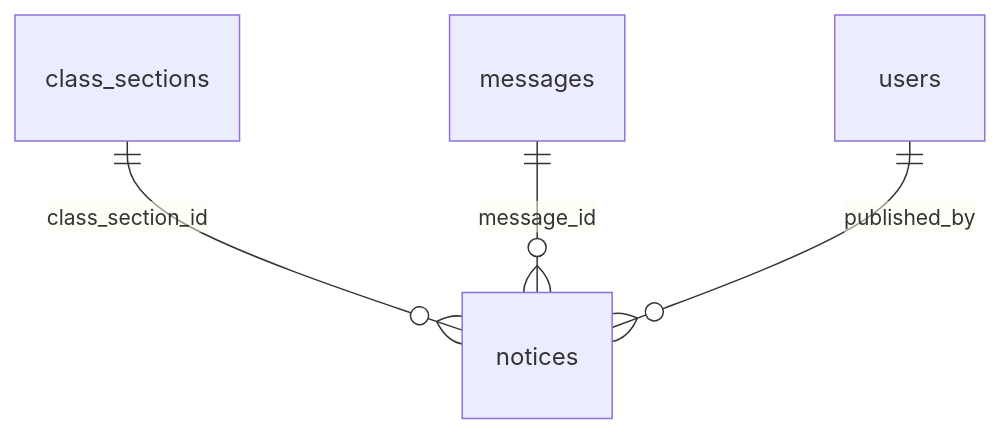
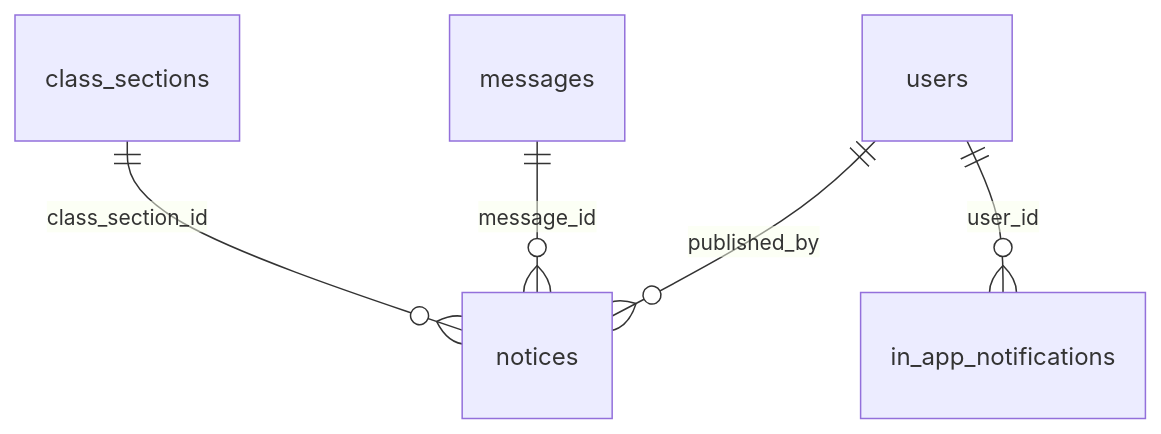
Diagram 12 of 21 in docs/DATABASE.md (shivansh2277/School-management-system), drawn with Mermaid before and after one commit. The commit also changed other lines of this file and 2308 other files, not shown here.

````diff
--- a/docs/DATABASE.md
+++ b/docs/DATABASE.md
@@ -1503,6 +1678,7 @@
 ```mermaid
 erDiagram
     class_sections ||--o{ notices : "class_section_id"
     messages ||--o{ notices : "message_id"
     users ||--o{ notices : "published_by"
+    users ||--o{ in_app_notifications : "user_id"
 ```
````
